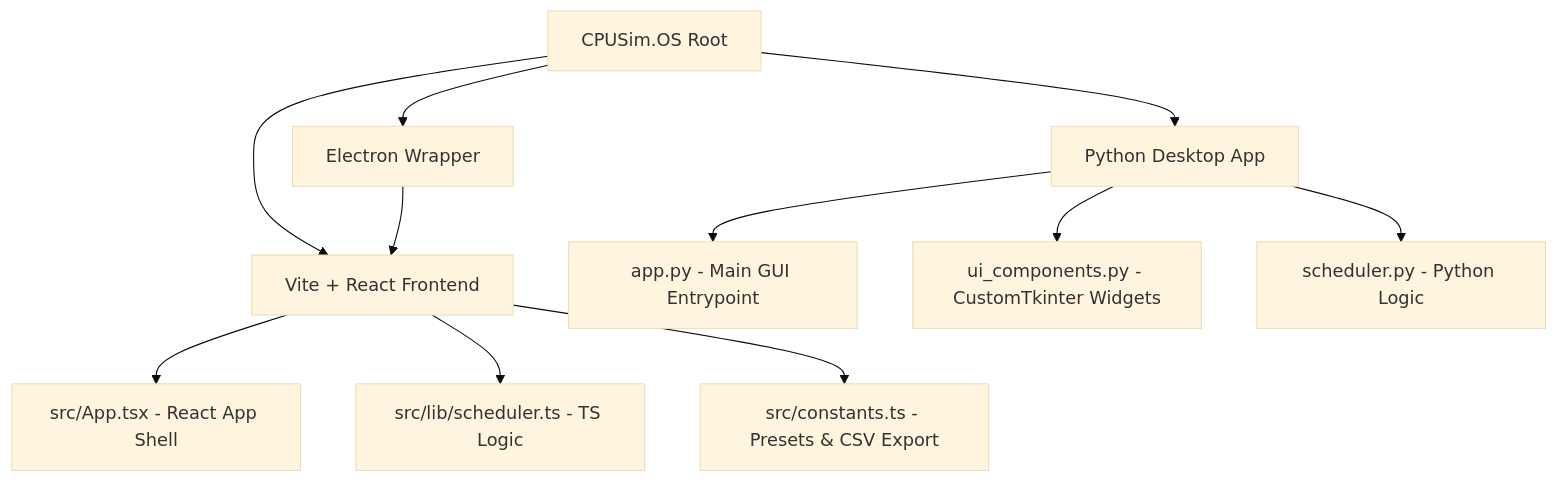
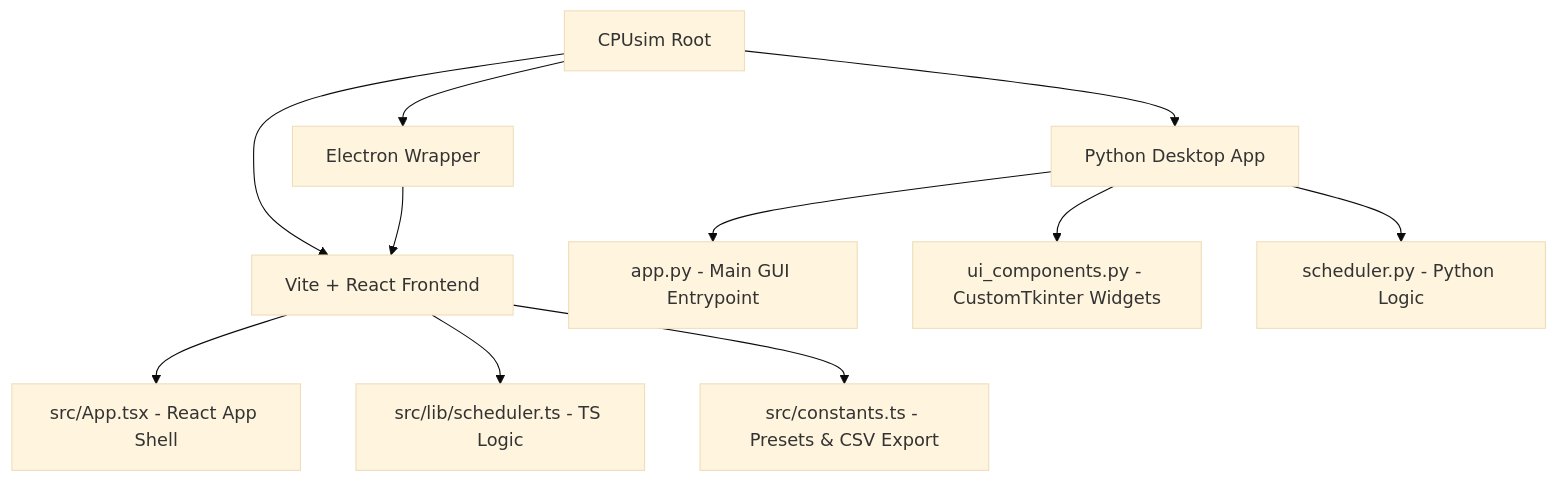
Before and after one commit to MrResolution/Os_capstone-CPU-scheduling-sim-: the diagram in DOCUMENTATION.md, drawn with Mermaid (base theme). The commit also changed other lines of this file and 20 other files, not shown here.

````diff
--- a/DOCUMENTATION.md
+++ b/DOCUMENTATION.md
@@ -76,16 +76,16 @@
 ```mermaid
 graph TD
-    A[CPUSim.OS Root] --> B[Vite + React Frontend]
+    A[CPUsim Root] --> B[Vite + React Frontend]
     A --> C[Python Desktop App]
     
     B --> B1[src/App.tsx - React App Shell]
     B --> B2[src/lib/scheduler.ts - TS Logic]
     B --> B3[src/constants.ts - Presets & CSV Export]
     
     C --> C1[app.py - Main GUI Entrypoint]
     C --> C2[ui_components.py - CustomTkinter Widgets]
     C --> C3[scheduler.py - Python Logic]
     
     A --> D[Electron Wrapper]
     D --> B
 ```
````
